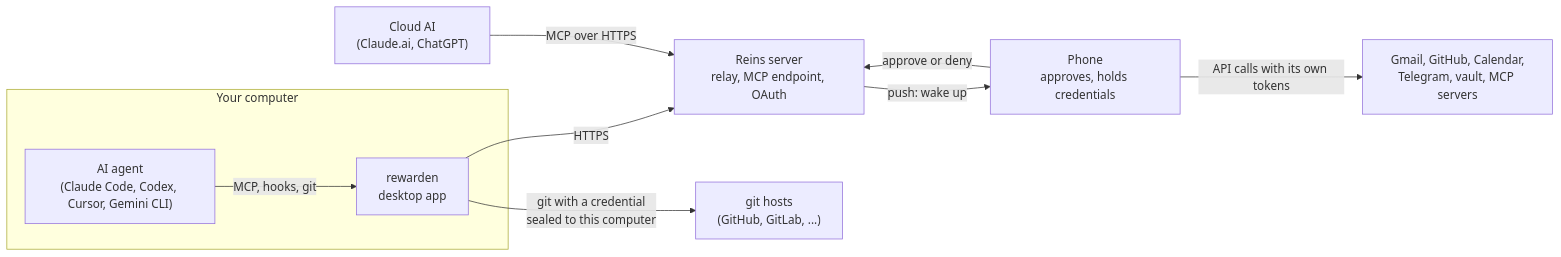
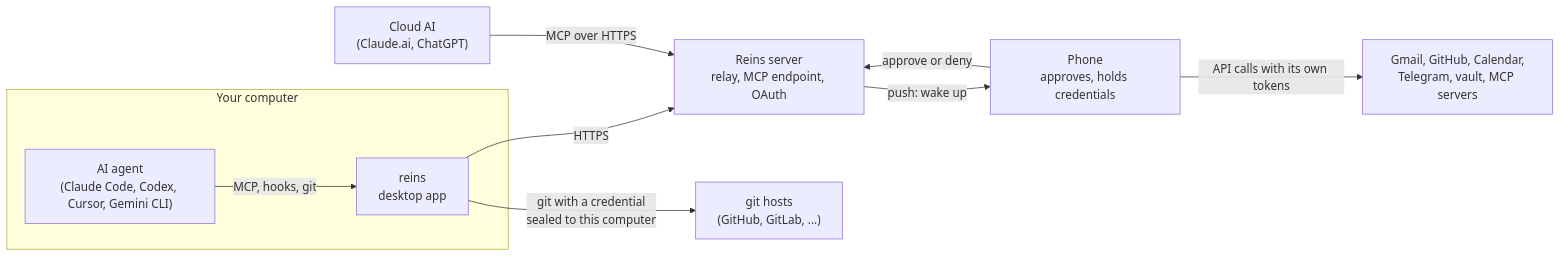
One commit to katulevskiy/reins changed the diagram in README.md. Above: the diagram before and after it, drawn with Mermaid. The commit also changed other lines of this file and 584 other files, not shown here.

Commit message:
chore: rename rewarden to reins everywhere

````diff
--- a/README.md
+++ b/README.md
@@ -61,20 +58,20 @@
 ```mermaid
 flowchart LR
     subgraph computer["Your computer"]
         agent["AI agent<br/>(Claude Code, Codex, Cursor, Gemini CLI)"]
-        daemon["rewarden<br/>desktop app"]
+        daemon["reins<br/>desktop app"]
     end
     cloud["Cloud AI<br/>(Claude.ai, ChatGPT)"]
     server["Reins server<br/>relay, MCP endpoint, OAuth"]
     phone["Phone<br/>approves, holds credentials"]
     services["Gmail, GitHub, Calendar,<br/>Telegram, vault, MCP servers"]
     remotes["git hosts<br/>(GitHub, GitLab, ...)"]
 
     agent -- "MCP, hooks, git" --> daemon
     daemon -- "HTTPS" --> server
     cloud -- "MCP over HTTPS" --> server
     server -- "push: wake up" --> phone
     phone -- "approve or deny" --> server
     phone -- "API calls with its own tokens" --> services
     daemon -- "git with a credential<br/>sealed to this computer" --> remotes
 ```
````
